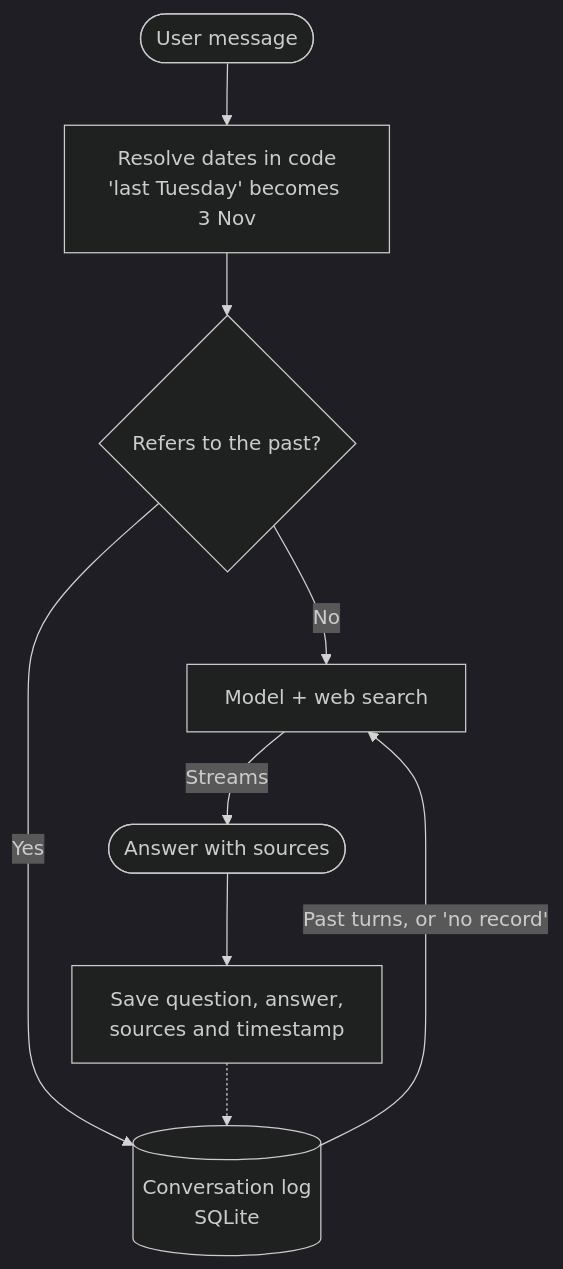
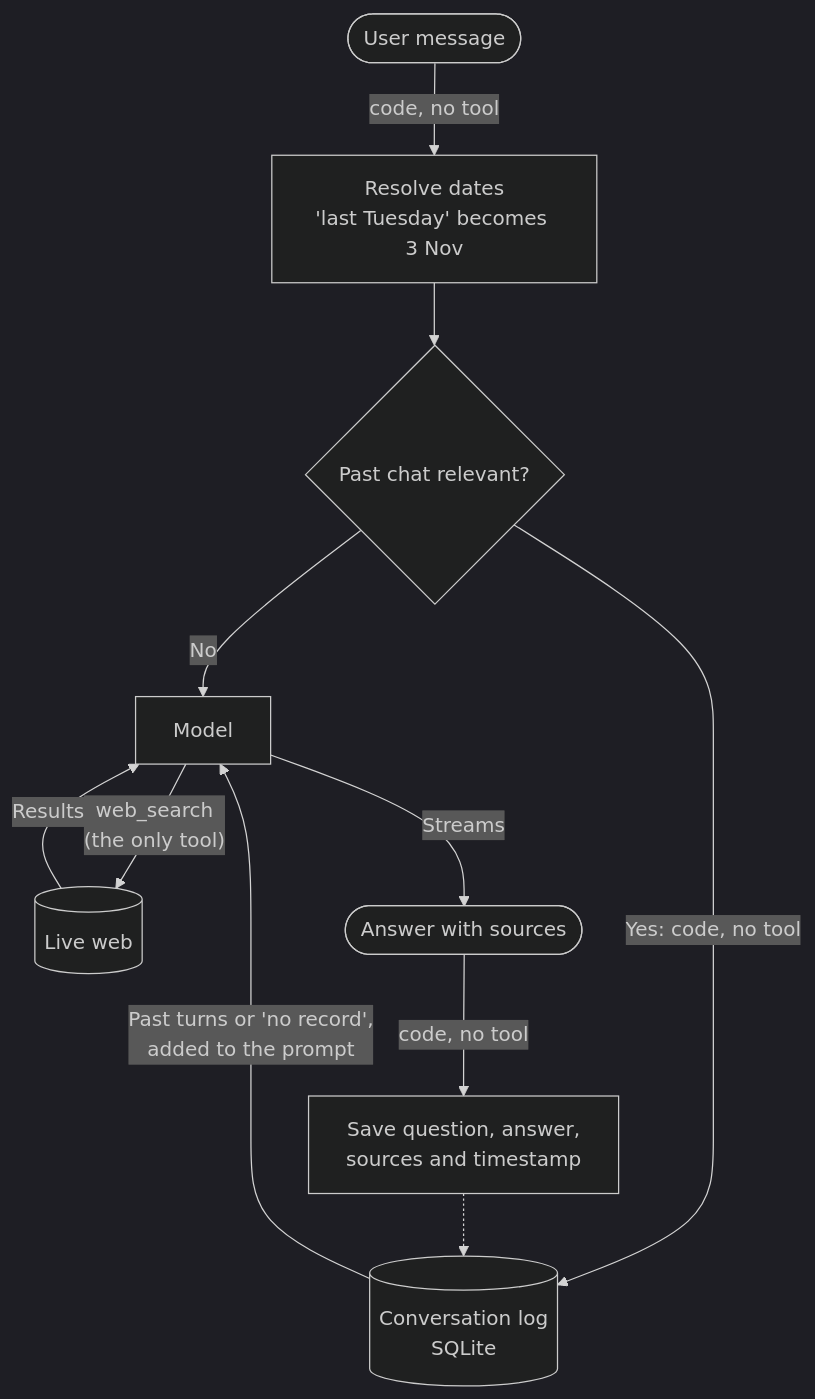
The diagram in DESIGN.md (ShashwatXD/Mino), drawn with Mermaid (dark theme) before and after one commit. The commit also changed other lines of this file and 28 other files, not shown here.

````diff
--- a/DESIGN.md
+++ b/DESIGN.md
@@ -7,11 +7,13 @@
 ```mermaid
 flowchart TD
-    A([User message]) --> B["Resolve dates in code<br/>'last Tuesday' becomes 3 Nov"]
-    B --> C{Refers to the past?}
-    C -- No --> E[Model + web search]
-    C -- Yes --> D[("Conversation log<br/>SQLite")]
-    D -- "Past turns, or 'no record'" --> E
+    A([User message]) -- "code, no tool" --> B["Resolve dates<br/>'last Tuesday' becomes 3 Nov"]
+    B --> C{Past chat relevant?}
+    C -- No --> E[Model]
+    C -- "Yes: code, no tool" --> D[("Conversation log<br/>SQLite")]
+    D -- "Past turns or 'no record',<br/>added to the prompt" --> E
+    E -- "web_search<br/>(the only tool)" --> W[(Live web)]
+    W -- Results --> E
     E -- Streams --> F([Answer with sources])
-    F --> G["Save question, answer,<br/>sources and timestamp"]
+    F -- "code, no tool" --> G["Save question, answer,<br/>sources and timestamp"]
     G -.-> D
 ```
````
